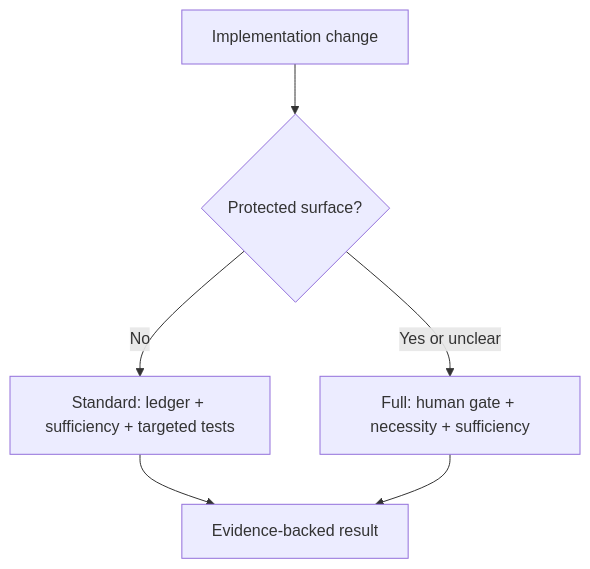
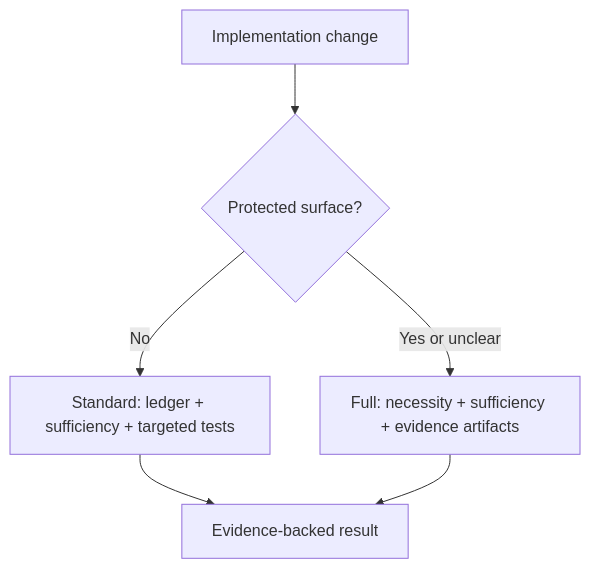
One commit to haandol/alps-writer-mcp changed the diagram in plugins/adr-writer/skills/adr-impl-review/SKILL.md. Above: the diagram before and after it, drawn with Mermaid. The commit also changed other lines of this file and 38 other files, not shown here.

````diff
--- a/plugins/adr-writer/skills/adr-impl-review/SKILL.md
+++ b/plugins/adr-writer/skills/adr-impl-review/SKILL.md
@@ -11,8 +11,8 @@
 ```mermaid
 flowchart TD
     CHANGE["Implementation change"] --> RISK{"Protected surface?"}
     RISK -->|No| STANDARD["Standard: ledger + sufficiency + targeted tests"]
-    RISK -->|Yes or unclear| FULL["Full: human gate + necessity + sufficiency"]
+    RISK -->|Yes or unclear| FULL["Full: necessity + sufficiency + evidence artifacts"]
     STANDARD --> RULING["Evidence-backed result"]
     FULL --> RULING
 ```
````
